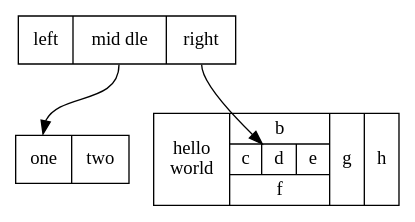
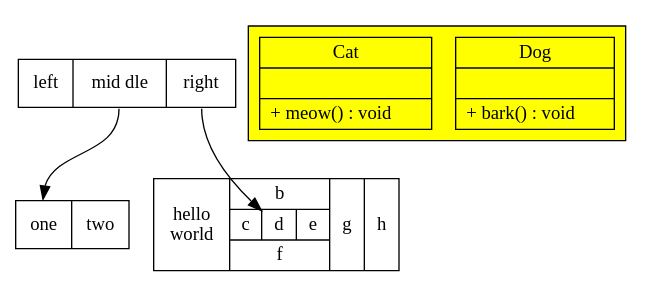
Before and after one commit to sisyphus1212/note: the sixth of 12 diagrams in other/graphviz.md, drawn with Graphviz.

Commit message:
auto_update

````diff
--- a/other/graphviz.md
+++ b/other/graphviz.md
@@ -77,11 +77,16 @@
 ```graphviz
 digraph structs {
     node[shape=record];
     graph[rankdir=TB];
         struct1[label="<f0> left|<f1> mid\ dle|<f2> right"];
     struct2[label="<f0> one|<f1> two"];
     struct3[label="hello\nworld |{ b |{c|<here> d|e}| f}| g | h"];
     struct1:f1 -> struct2:f0;
     struct1:f2 -> struct3:here;
+    subgraph clusterAnimalImpl{
+		bgcolor = "yellow";
+		Dog[label = "{Dog| |+ bark() : void\l}" , shape = "record"];
+		Cat[label = "{Cat| |+ meow() : void\l}" , shape = "record"];
+	};
 }
 ```
````
